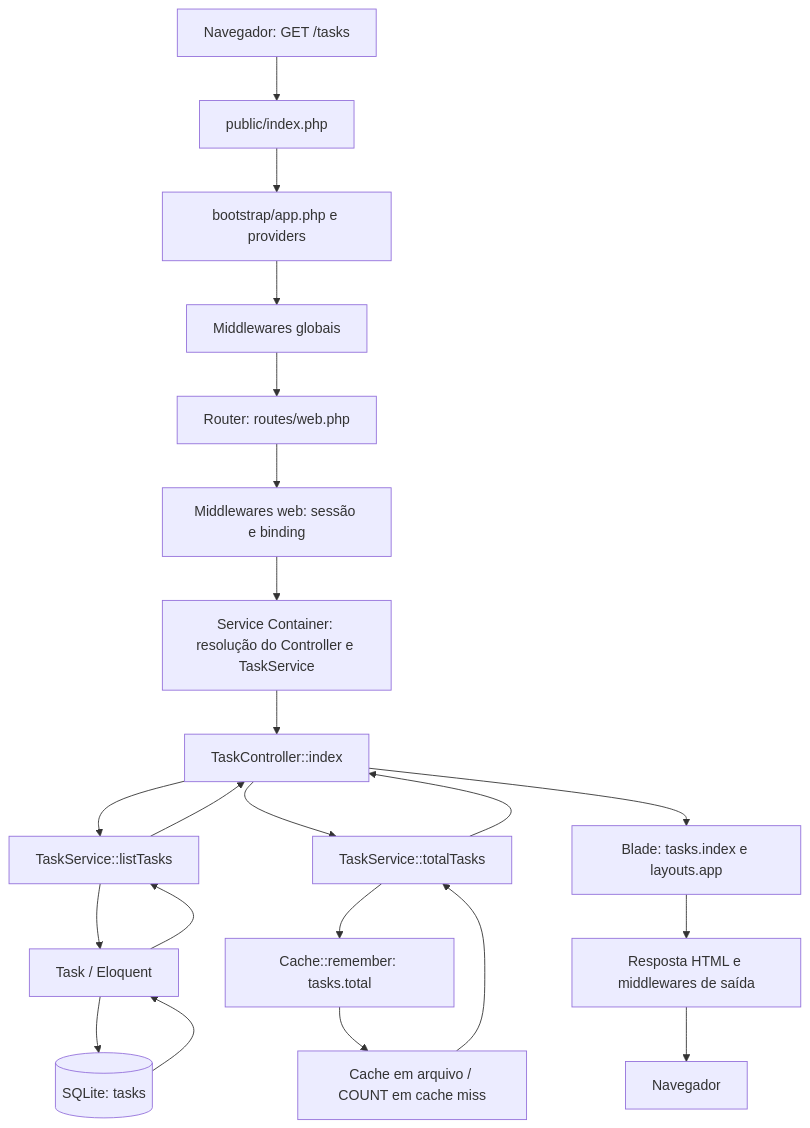
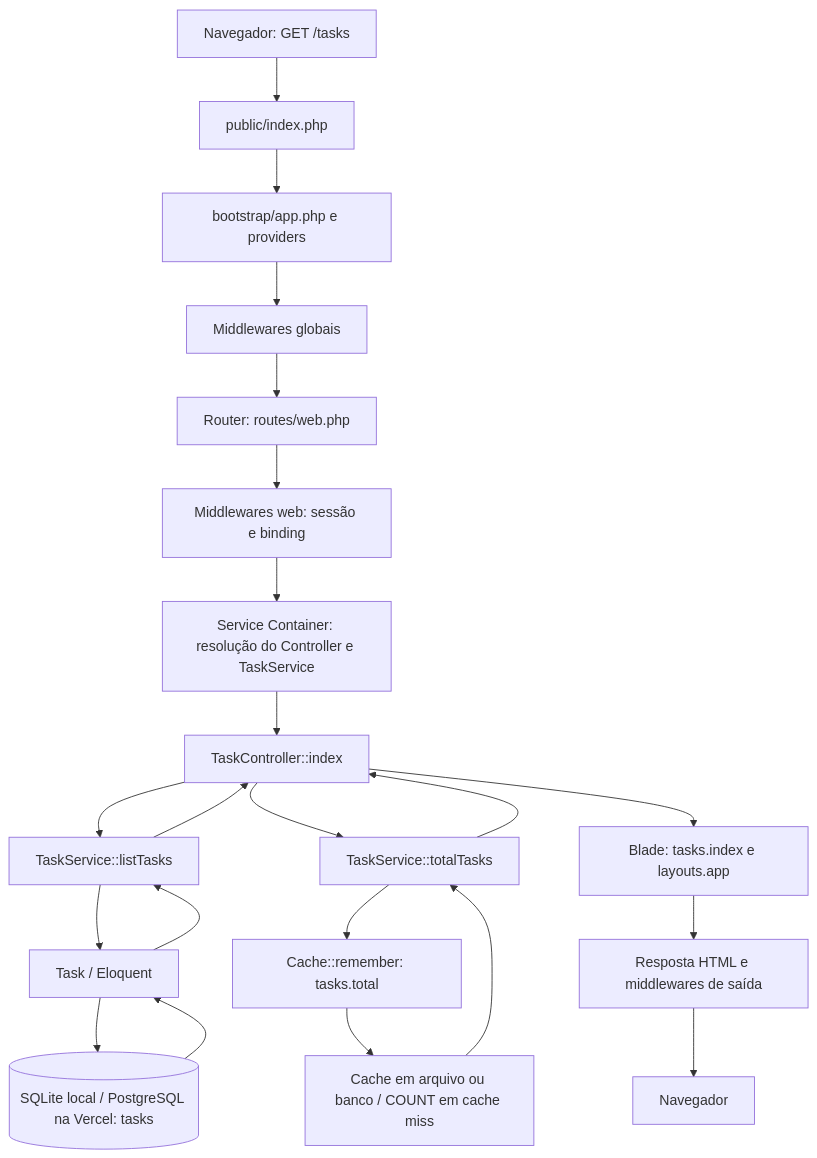
Before and after one commit to quokequack/tarefas: the diagram in README.md, drawn with Mermaid. The commit also changed other lines of this file and 18 other files, not shown here.

````diff
--- a/README.md
+++ b/README.md
@@ -182,24 +269,24 @@
 ```mermaid
 flowchart TD
     A["Navegador: GET /tasks"] --> B["public/index.php"]
     B --> C["bootstrap/app.php e providers"]
     C --> D["Middlewares globais"]
     D --> E["Router: routes/web.php"]
     E --> F["Middlewares web: sessão e binding"]
     F --> G["Service Container: resolução do Controller e TaskService"]
     G --> H["TaskController::index"]
     H --> I["TaskService::listTasks"]
     I --> J["Task / Eloquent"]
-    J --> K[("SQLite: tasks")]
+    J --> K[("SQLite local / PostgreSQL na Vercel: tasks")]
     K --> J
     J --> I
     I --> H
     H --> L["TaskService::totalTasks"]
     L --> M["Cache::remember: tasks.total"]
-    M --> N["Cache em arquivo / COUNT em cache miss"]
+    M --> N["Cache em arquivo ou banco / COUNT em cache miss"]
     N --> L
     L --> H
     H --> O["Blade: tasks.index e layouts.app"]
     O --> P["Resposta HTML e middlewares de saída"]
     P --> Q["Navegador"]
 ```
````
